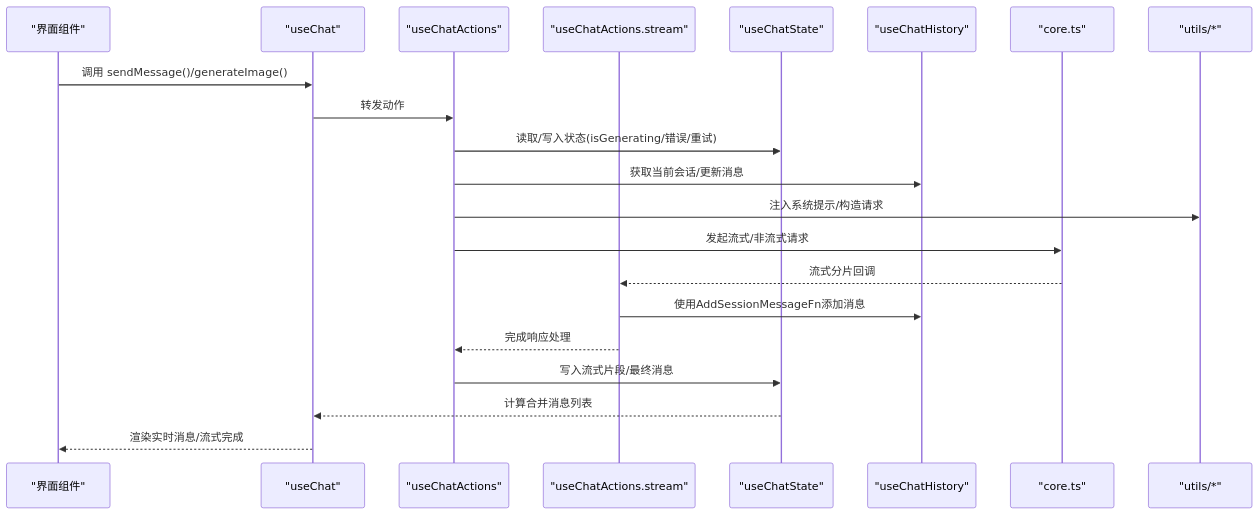
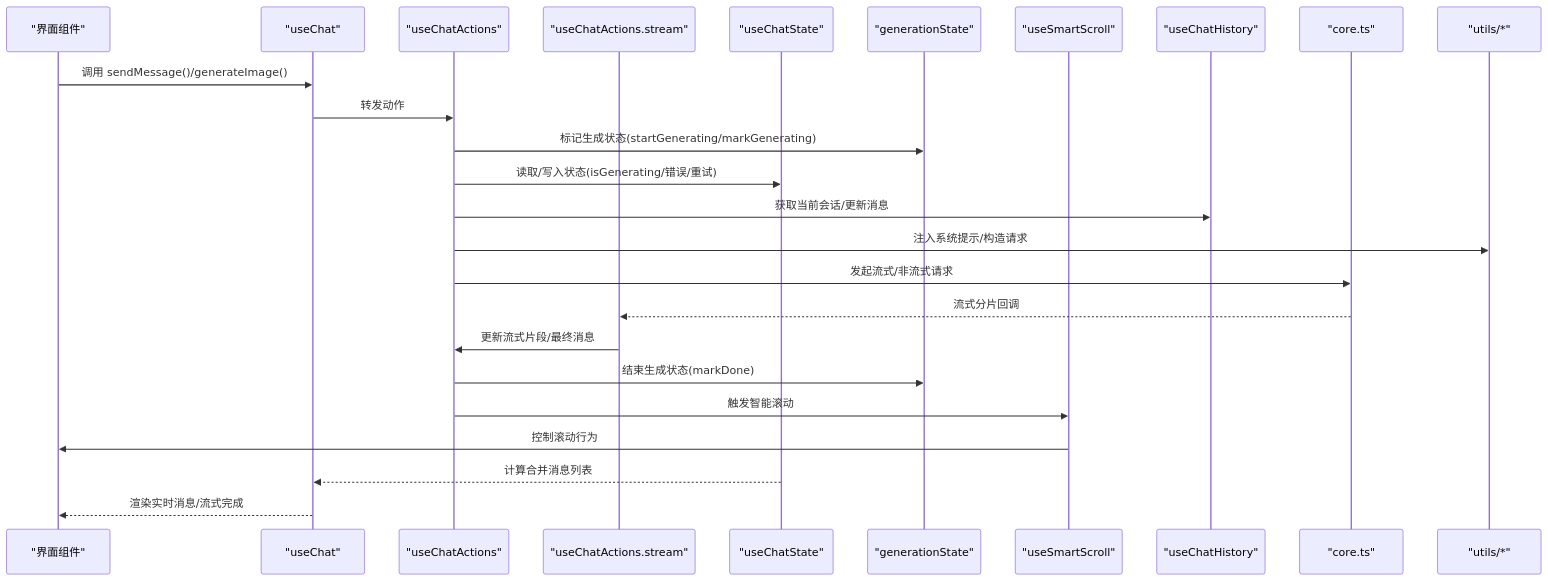
One commit to xixixiaoyu/Todo changed the second of 7 diagrams in .qoder/repowiki/zh/content/核心模块/AI助手系统/对话管理.md. Above: the diagram before and after it, drawn with Mermaid. The commit also changed other lines of this file and 6 other files, not shown here.

````diff
--- a/.qoder/repowiki/zh/content/核心模块/AI助手系统/对话管理.md
+++ b/.qoder/repowiki/zh/content/核心模块/AI助手系统/对话管理.md
@@ -124,23 +150,27 @@
 ```mermaid
 sequenceDiagram
 participant UI as "界面组件"
 participant Chat as "useChat"
 participant Actions as "useChatActions"
 participant Stream as "useChatActions.stream"
 participant State as "useChatState"
+participant GenState as "generationState"
+participant SmartScroll as "useSmartScroll"
 participant History as "useChatHistory"
 participant Core as "core.ts"
 participant Utils as "utils/*"
 UI->>Chat : 调用 sendMessage()/generateImage()
 Chat->>Actions : 转发动作
+Actions->>GenState : 标记生成状态(startGenerating/markGenerating)
 Actions->>State : 读取/写入状态(isGenerating/错误/重试)
 Actions->>History : 获取当前会话/更新消息
 Actions->>Utils : 注入系统提示/构造请求
 Actions->>Core : 发起流式/非流式请求
 Core-->>Stream : 流式分片回调
-Stream->>History : 使用AddSessionMessageFn添加消息
-Stream-->>Actions : 完成响应处理
-Actions->>State : 写入流式片段/最终消息
+Stream->>Actions : 更新流式片段/最终消息
+Actions->>GenState : 结束生成状态(markDone)
+Actions->>SmartScroll : 触发智能滚动
+SmartScroll->>UI : 控制滚动行为
 State-->>Chat : 计算合并消息列表
 Chat-->>UI : 渲染实时消息/流式完成
 ```
````
